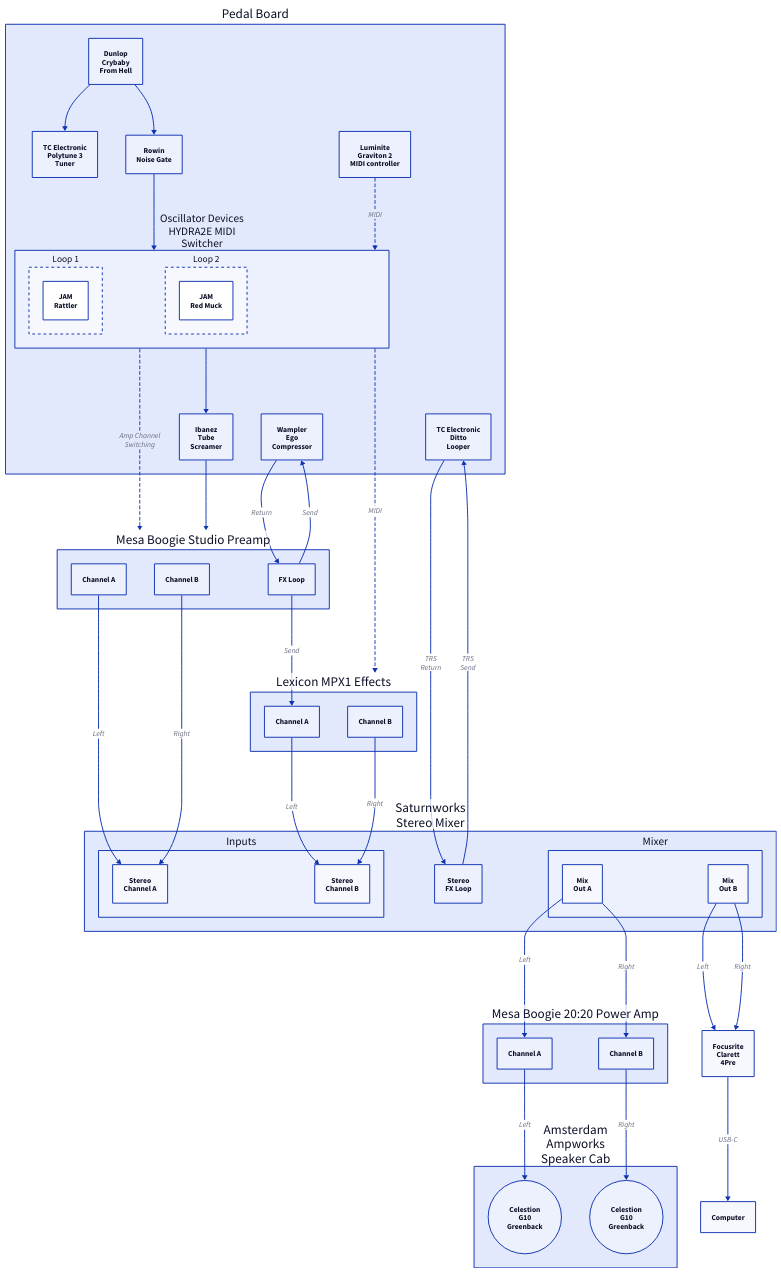
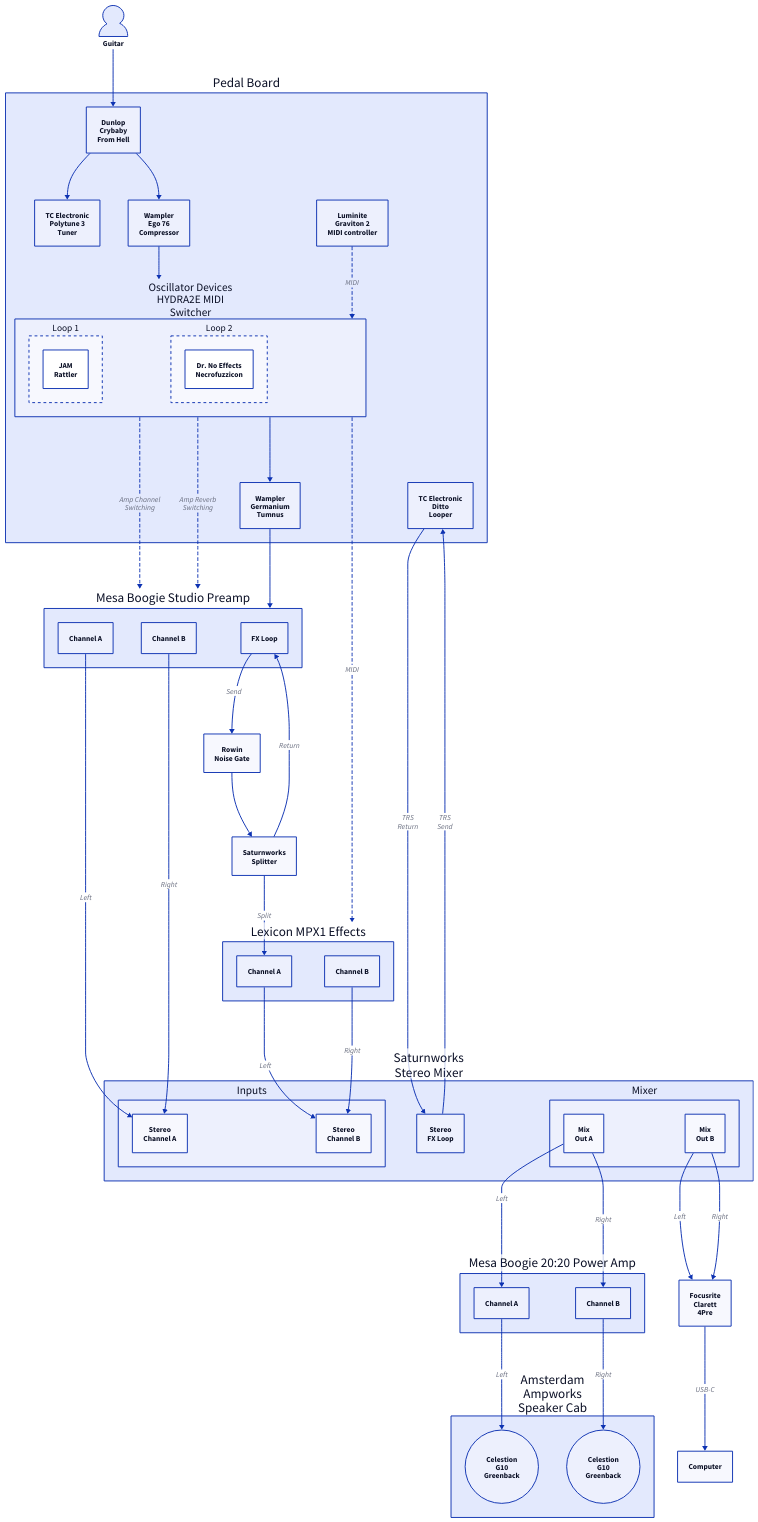
Before and after one commit to timvaillancourt/amp-diagrams: the diagram in amprack.d2, drawn with D2. The commit also changed 2 other files, not shown here.

```diff
--- a/amprack.d2
+++ b/amprack.d2
@@ -1,98 +1,111 @@
+guitar: "Guitar" {
+  shape: "person"
+}
+
 pb: "Pedal Board" {
   cbfh: "Dunlop\nCrybaby\nFrom Hell" {}
   polytune3: "TC Electronic\nPolytune 3\nTuner" {}
-  rowinng: "Rowin\nNoise Gate" {}
-  wec: "Wampler\nEgo\nCompressor" {}
+  we76c: "Wampler\nEgo 76\nCompressor" {}
   mc: "Luminite\nGraviton 2\nMIDI controller" {}
   mls: "Oscillator Devices\nHYDRA2E MIDI\nSwitcher" {
     1: "Loop 1" {
       style: {
         stroke-dash: 3
       }
       ts: "JAM\nRattler" {}
     }
     2: "Loop 2" {
       style: {
         stroke-dash: 3
       }
-      ts: "JAM\nRed Muck" {}
+      ts: "Dr. No Effects\nNecrofuzzicon" {}
     }
   }
-  ts: "Ibanez\nTube\nScreamer" {}
+  wgt: "Wampler\nGermanium\nTumnus" {}
   cbfh -> polytune3
-  cbfh -> rowinng -> mls -> ts
+  cbfh -> we76c -> mls -> wgt
   mc -> mls: "MIDI" {
     style: {
       stroke-dash: 3
     }
   }
   ditto: "TC Electronic\nDitto\nLooper" {}
 }
+guitar -> pb.cbfh
 
 msp: "Mesa Boogie Studio Preamp" {
   A: "Channel A" {}
   B: "Channel B" {}
   Loop: "FX Loop" {}
 }
 pb.mls -> msp: "Amp Channel\nSwitching" {
   style: {
     stroke-dash: 3
   }
 }
-pb.ts -> msp
-msp.Loop -> pb.wec: "Send" {}
-pb.wec -> msp.Loop: "Return" {}
+pb.mls -> msp: "Amp Reverb\nSwitching" {
+  style: {
+    stroke-dash: 3
+  }
+}
+pb.wgt -> msp
 
 mixer: "Saturnworks\nStereo Mixer" {
   In: "Inputs" {
     A: "Stereo\nChannel A" {}
     B: "Stereo\nChannel B" {}
   }
   Loop: "Stereo\nFX Loop" {}
   Mix: "Mixer" {
     A: "Mix\nOut A" {}
     B: "Mix\nOut B" {}
   }
 }
 msp.A -> mixer.In.A: "Left"
 msp.B -> mixer.In.A: "Right"
 
+rowin: "Rowin\nNoise Gate" {}
+ss: "Saturnworks\nSplitter" {}
+
 mpx1: "Lexicon MPX1 Effects" {
   A: "Channel A" {}
   B: "Channel B" {}
 }
 pb.mls -> mpx1: "MIDI" {
   style: {
     stroke-dash: 3
   }
 }
-msp.Loop -> mpx1.A: "Send" {}
+msp.Loop -> rowin: "Send" {}
+rowin -> ss
+ss -> msp.Loop: "Return" {}
+ss -> mpx1.A: "Split" {}
 mpx1.A -> mixer.In.B: "Left"
 mpx1.B -> mixer.In.B: "Right"
 
 m2020: "Mesa Boogie 20:20 Power Amp" {
   A: "Channel A" {}
   B: "Channel B" {}
 }
 mixer.Mix.A -> m2020.A: "Left"
 mixer.Mix.A -> m2020.B: "Right"
 mixer.Loop -> pb.ditto: "TRS\nSend"
 pb.ditto -> mixer.Loop: "TRS\nReturn"
 
 cab: "Amsterdam\nAmpworks\nSpeaker Cab" {
   A: "Celestion\nG10\nGreenback" {
     shape: "circle"
   }
   B: "Celestion\nG10\nGreenback" {
     shape: "circle"
   }
 }
 m2020.A -> cab.A: "Left"
 m2020.B -> cab.B: "Right"
 
 clarett: "Focusrite\nClarett\n4Pre" {}
 mixer.Mix.B -> clarett: "Left"
 mixer.Mix.B -> clarett: "Right"
 
 computer: "Computer"
 clarett -> computer: "USB-C"
```
